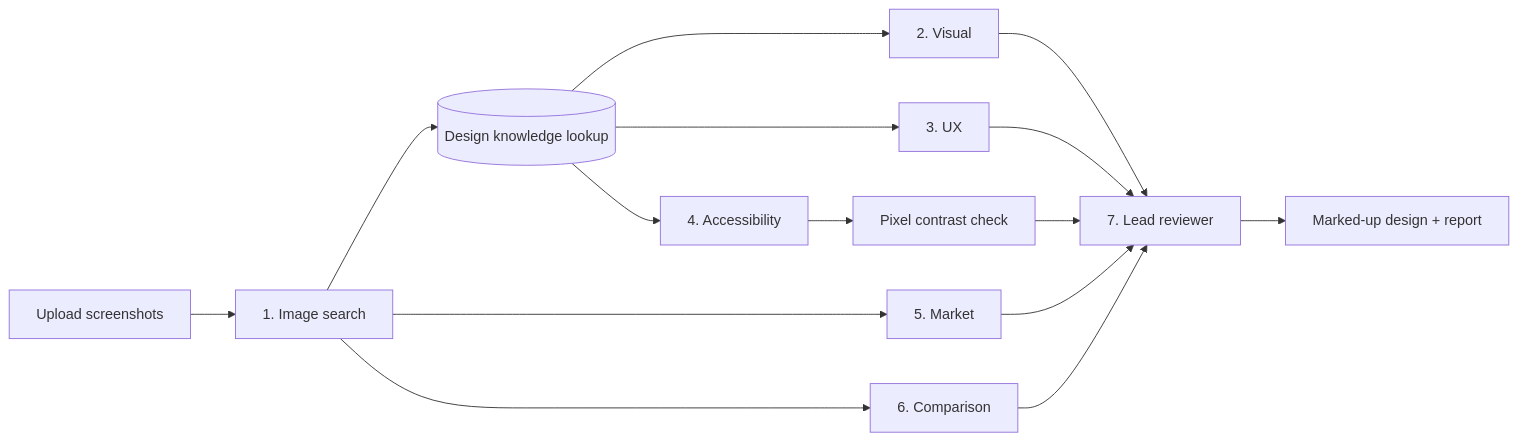
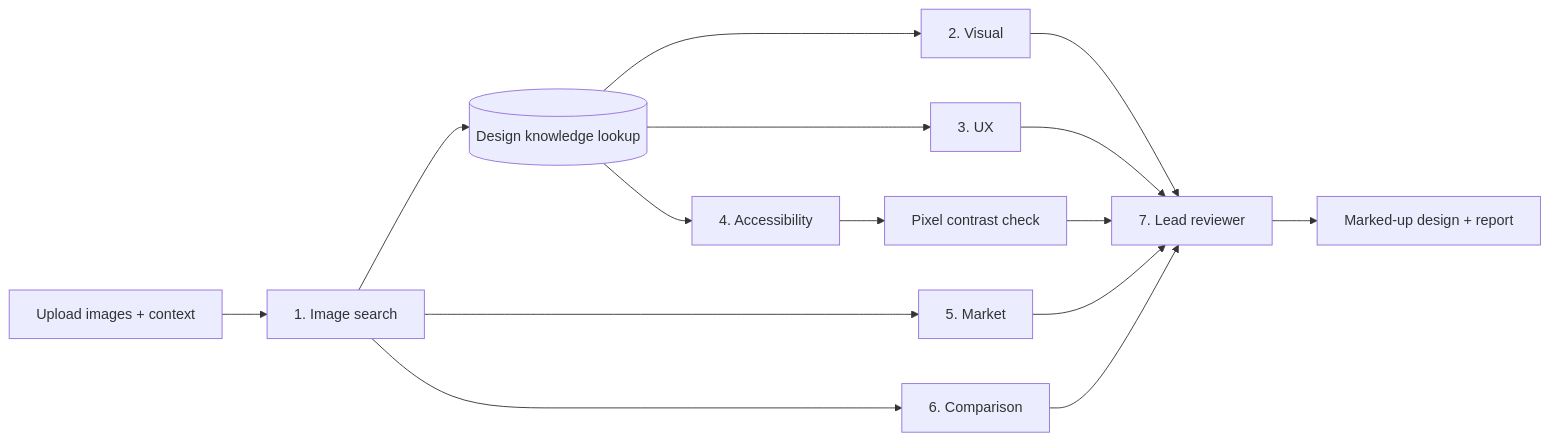
Before and after one commit to RaeesBasheer/designmind-ai: the diagram in README.md, drawn with Mermaid. The commit also changed other lines of this file, not shown here.

Commit message:
README: describe image and context inputs, align key naming, drop a repeated line

````diff
--- a/README.md
+++ b/README.md
@@ -17,13 +17,13 @@
 ```mermaid
 flowchart LR
-  A[Upload screenshots] --> B[1. Image search]
+  A[Upload images + context] --> B[1. Image search]
   B --> K[(Design knowledge lookup)]
   K --> C[2. Visual]
   K --> D[3. UX]
   K --> E[4. Accessibility]
   B --> F[5. Market]
   B --> G[6. Comparison]
   E --> M[Pixel contrast check]
   C & D & M & F & G --> H[7. Lead reviewer]
   H --> I[Marked-up design + report]
 ```
````
